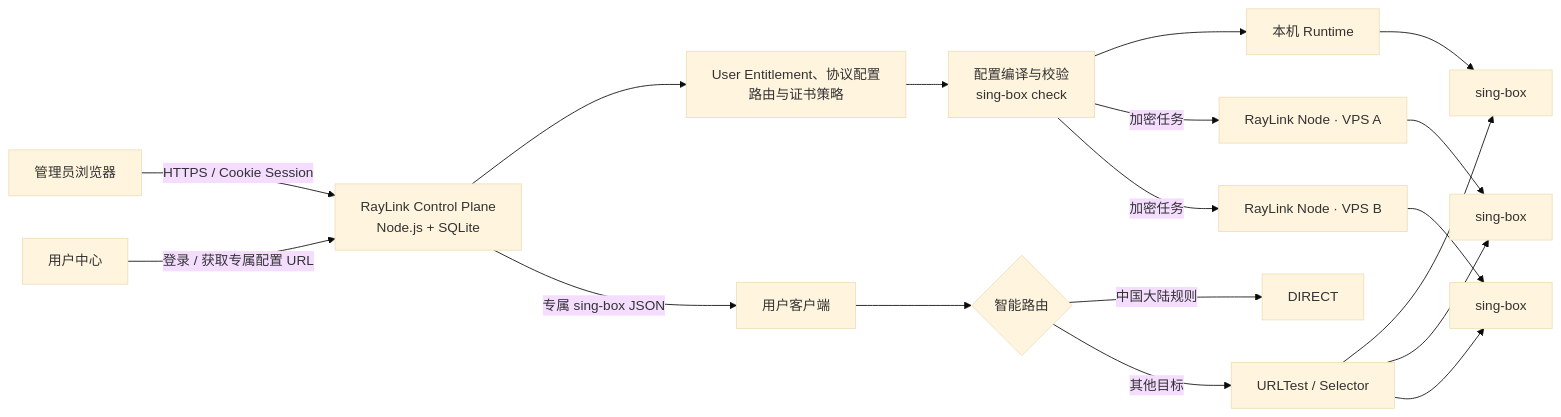
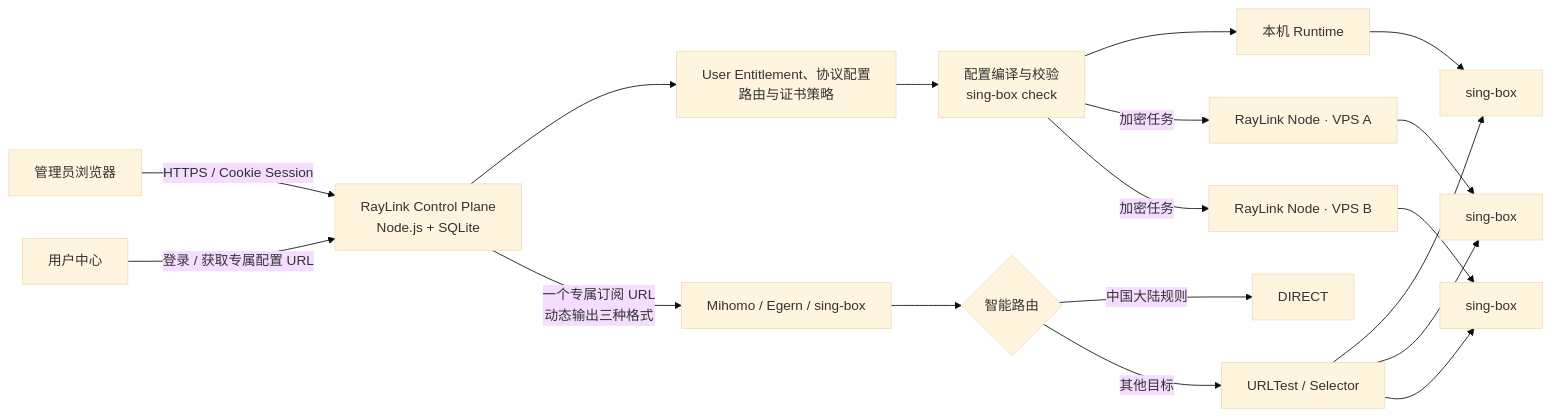
One commit to Zanetach/RayLink changed the first of 2 diagrams in README.md. Above: the diagram before and after it, drawn with Mermaid (base theme). The commit also changed other lines of this file and 13 other files, not shown here.

````diff
--- a/README.md
+++ b/README.md
@@ -50,22 +50,22 @@
 ```mermaid
 flowchart LR
   Admin["管理员浏览器"] -->|"HTTPS / Cookie Session"| Control["RayLink Control Plane<br/>Node.js + SQLite"]
   Portal["用户中心"] -->|"登录 / 获取专属配置 URL"| Control
 
   Control --> Policy["User Entitlement、协议配置<br/>路由与证书策略"]
   Policy --> Compiler["配置编译与校验<br/>sing-box check"]
   Compiler --> Local["本机 Runtime"]
   Compiler -->|"加密任务"| NodeA["RayLink Node · VPS A"]
   Compiler -->|"加密任务"| NodeB["RayLink Node · VPS B"]
   Local --> SingA["sing-box"]
   NodeA --> SingB["sing-box"]
   NodeB --> SingC["sing-box"]
 
-  Control -->|"专属 sing-box JSON"| Client["用户客户端"]
+  Control -->|"一个专属订阅 URL<br/>动态输出三种格式"| Client["Mihomo / Egern / sing-box"]
   Client --> Route{"智能路由"}
   Route -->|"中国大陆规则"| Direct["DIRECT"]
   Route -->|"其他目标"| Auto["URLTest / Selector"]
   Auto --> SingA
   Auto --> SingB
   Auto --> SingC
 ```
````
